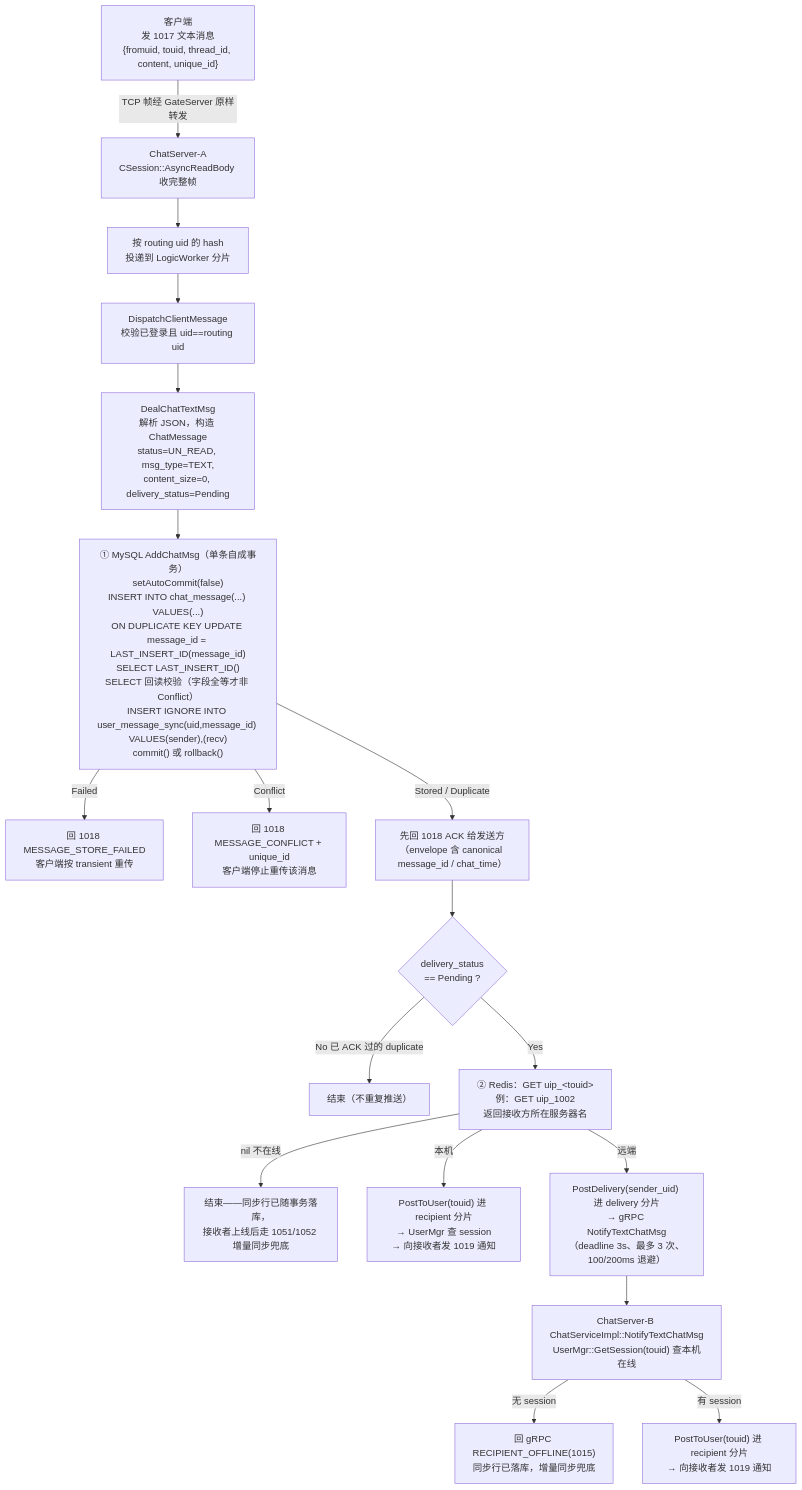
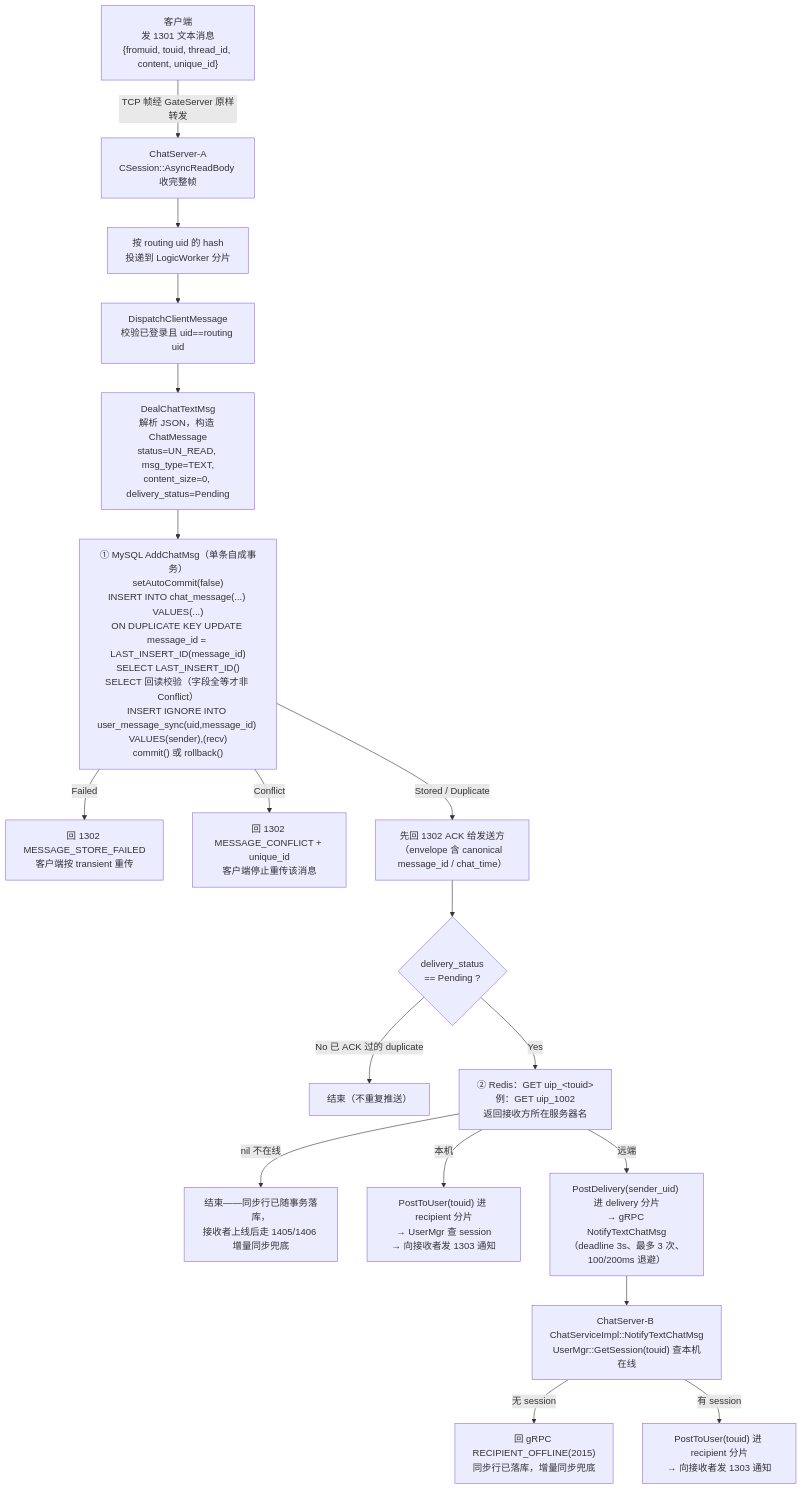
Before and after one commit to echo9923/mychatter: the first of 2 diagrams in 开发文档/发送文本消息业务流程.md, drawn with Mermaid. The commit also changed other lines of this file and 60 other files, not shown here.

````diff
--- a/开发文档/发送文本消息业务流程.md
+++ b/开发文档/发送文本消息业务流程.md
@@ -5,20 +5,20 @@
 ```mermaid
 flowchart TD
-    A["客户端<br/>发 1017 文本消息<br/>{fromuid, touid, thread_id, content, unique_id}"] -->|TCP 帧经 GateServer 原样转发| B["ChatServer-A<br/>CSession::AsyncReadBody 收完整帧"]
+    A["客户端<br/>发 1301 文本消息<br/>{fromuid, touid, thread_id, content, unique_id}"] -->|TCP 帧经 GateServer 原样转发| B["ChatServer-A<br/>CSession::AsyncReadBody 收完整帧"]
     B --> C["按 routing uid 的 hash<br/>投递到 LogicWorker 分片"]
     C --> D["DispatchClientMessage<br/>校验已登录且 uid==routing uid"]
     D --> E["DealChatTextMsg<br/>解析 JSON，构造 ChatMessage<br/>status=UN_READ, msg_type=TEXT,<br/>content_size=0, delivery_status=Pending"]
     E --> F["① MySQL AddChatMsg（单条自成事务）<br/>setAutoCommit(false)<br/>INSERT INTO chat_message(...) VALUES(...)<br/>ON DUPLICATE KEY UPDATE message_id = LAST_INSERT_ID(message_id)<br/>SELECT LAST_INSERT_ID()<br/>SELECT 回读校验（字段全等才非 Conflict）<br/>INSERT IGNORE INTO user_message_sync(uid,message_id) VALUES(sender),(recv)<br/>commit() 或 rollback()"]
-    F -->|Failed| G["回 1018 MESSAGE_STORE_FAILED<br/>客户端按 transient 重传"]
-    F -->|Conflict| H["回 1018 MESSAGE_CONFLICT + unique_id<br/>客户端停止重传该消息"]
-    F -->|Stored / Duplicate| I["先回 1018 ACK 给发送方<br/>（envelope 含 canonical message_id / chat_time）"]
+    F -->|Failed| G["回 1302 MESSAGE_STORE_FAILED<br/>客户端按 transient 重传"]
+    F -->|Conflict| H["回 1302 MESSAGE_CONFLICT + unique_id<br/>客户端停止重传该消息"]
+    F -->|Stored / Duplicate| I["先回 1302 ACK 给发送方<br/>（envelope 含 canonical message_id / chat_time）"]
     I --> J{"delivery_status<br/>== Pending ?"}
     J -->|No 已 ACK 过的 duplicate| Z["结束（不重复推送）"]
     J -->|Yes| K["② Redis：GET uip_&lt;touid&gt;<br/>例：GET uip_1002<br/>返回接收方所在服务器名"]
-    K -->|nil 不在线| Z2["结束——同步行已随事务落库，<br/>接收者上线后走 1051/1052 增量同步兜底"]
-    K -->|本机| L["PostToUser(touid) 进 recipient 分片<br/>→ UserMgr 查 session<br/>→ 向接收者发 1019 通知"]
+    K -->|nil 不在线| Z2["结束——同步行已随事务落库，<br/>接收者上线后走 1405/1406 增量同步兜底"]
+    K -->|本机| L["PostToUser(touid) 进 recipient 分片<br/>→ UserMgr 查 session<br/>→ 向接收者发 1303 通知"]
     K -->|远端| M["PostDelivery(sender_uid) 进 delivery 分片<br/>→ gRPC NotifyTextChatMsg<br/>（deadline 3s、最多 3 次、100/200ms 退避）"]
     M --> N["ChatServer-B ChatServiceImpl::NotifyTextChatMsg<br/>UserMgr::GetSession(touid) 查本机在线"]
-    N -->|无 session| O["回 gRPC RECIPIENT_OFFLINE(1015)<br/>同步行已落库，增量同步兜底"]
-    N -->|有 session| P["PostToUser(touid) 进 recipient 分片<br/>→ 向接收者发 1019 通知"]
+    N -->|无 session| O["回 gRPC RECIPIENT_OFFLINE(2015)<br/>同步行已落库，增量同步兜底"]
+    N -->|有 session| P["PostToUser(touid) 进 recipient 分片<br/>→ 向接收者发 1303 通知"]
 ```
````
